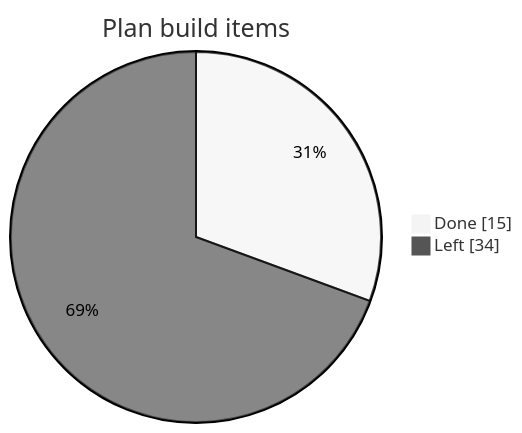
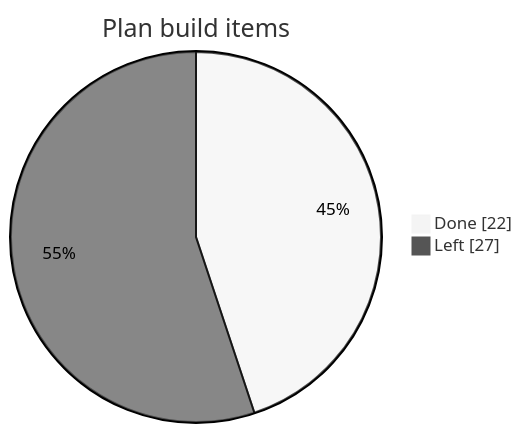
One commit to D1vyanshu1/QuorumPay changed the first of 11 diagrams in progress.md. Above: the diagram before and after it, drawn with Mermaid (neutral theme). The commit also changed other lines of this file and 21 other files, not shown here.

````diff
--- a/progress.md
+++ b/progress.md
@@ -18,6 +18,6 @@
 ```mermaid
 pie showData
     title Plan build items
-    "Done" : 15
-    "Left" : 34
+    "Done" : 22
+    "Left" : 27
 ```
````
